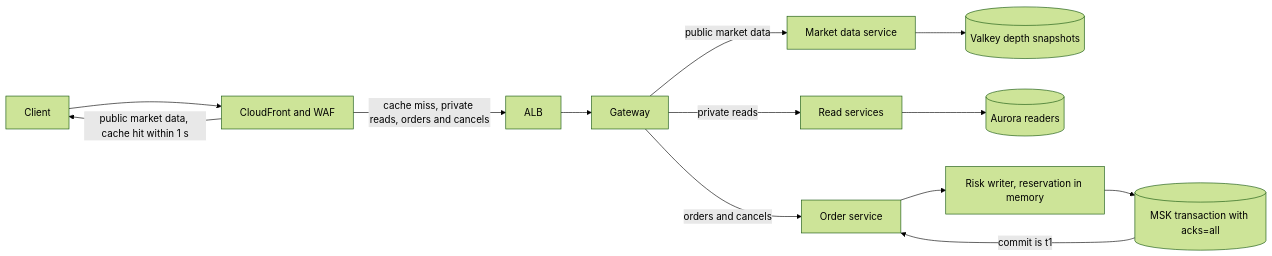
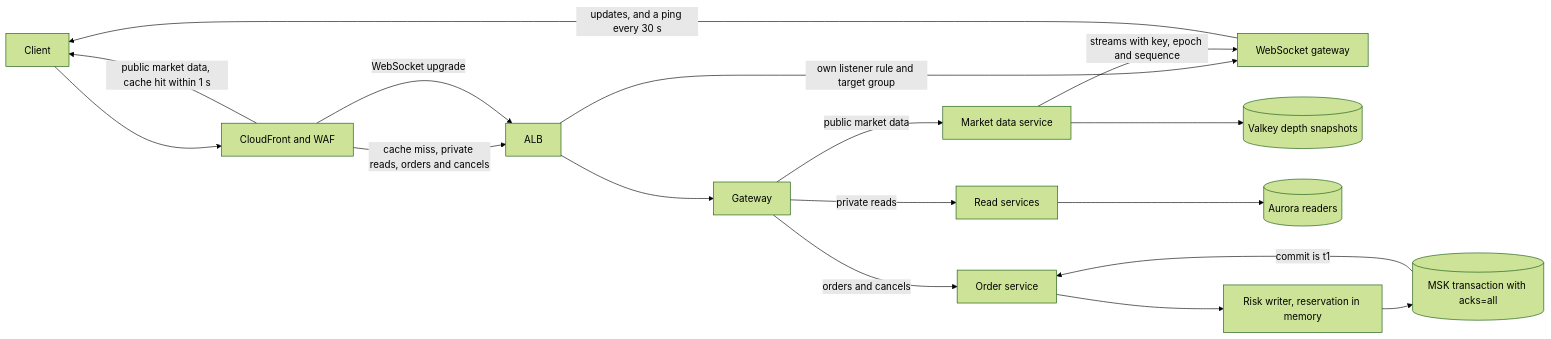
One commit to hoangviet148/99tech-devops-challenge changed the second of 3 diagrams in src/problem1/SOLUTION.md. Above: the diagram before and after it, drawn with Mermaid (forest theme). The commit also changed other lines of this file and 21 other files, not shown here.

````diff
--- a/src/problem1/SOLUTION.md
+++ b/src/problem1/SOLUTION.md
@@ -212,10 +232,14 @@
 ```mermaid
 flowchart LR
   c[Client] --> cf[CloudFront and WAF]
   cf -->|public market data, cache hit within 1 s| c
   cf -->|cache miss, private reads, orders and cancels| alb[ALB] --> gw[Gateway]
+  cf -->|WebSocket upgrade| alb
+  alb -->|own listener rule and target group| wsg[WebSocket gateway]
   gw -->|public market data| md[Market data service] --> vk[(Valkey depth snapshots)]
+  md -->|streams with key, epoch and sequence| wsg
+  wsg -->|updates, and a ping every 30 s| c
   gw -->|private reads| rd[Read services] --> ar[(Aurora readers)]
   gw -->|orders and cancels| os[Order service] --> rk[Risk writer, reservation in memory] --> k[(MSK transaction with acks=all)]
   k -->|commit is t1| os
 ```
````
